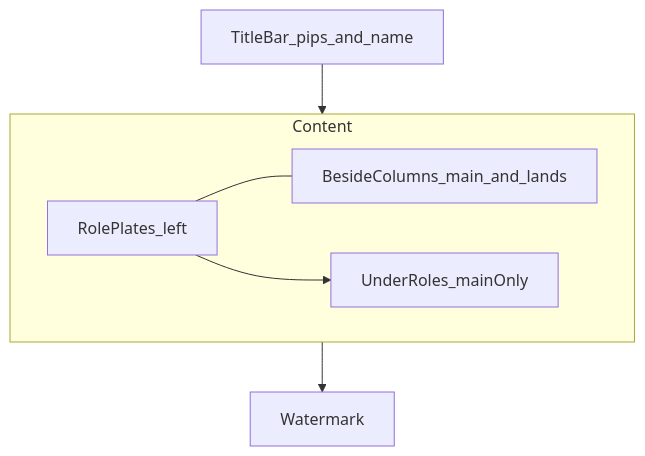
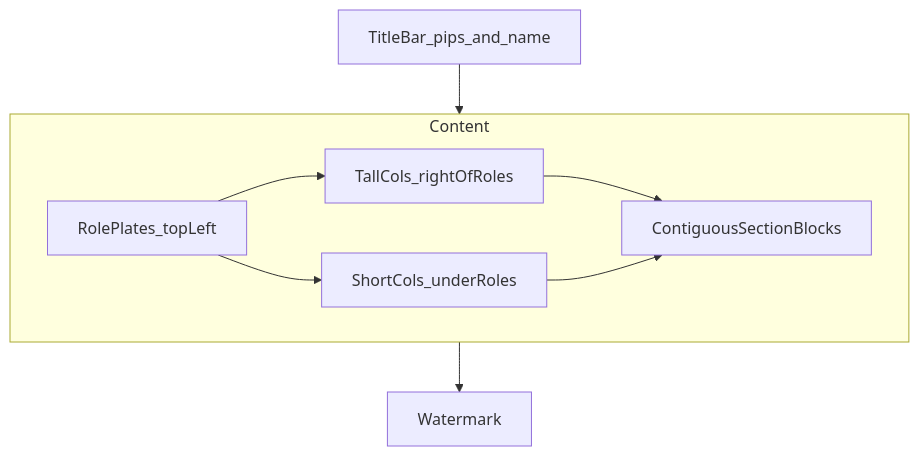
The first of 2 diagrams in docs/glance-layout.md (rayenz-akusiom/rayenz-hub), drawn with Mermaid before and after one commit. The commit also changed other lines of this file and 11 other files, not shown here.

````diff
--- a/docs/glance-layout.md
+++ b/docs/glance-layout.md
@@ -57,13 +66,16 @@
 ```mermaid
 flowchart TB
   header[TitleBar_pips_and_name]
   subgraph content [Content]
-    roles[RolePlates_left]
-    beside[BesideColumns_main_and_lands]
-    under[UnderRoles_mainOnly]
+    roles[RolePlates_topLeft]
+    tall[TallCols_rightOfRoles]
+    short[ShortCols_underRoles]
+    blocks[ContiguousSectionBlocks]
   end
   footer[Watermark]
   header --> content --> footer
-  roles --- beside
-  roles --> under
+  roles --> tall
+  roles --> short
+  tall --> blocks
+  short --> blocks
 ```
````
